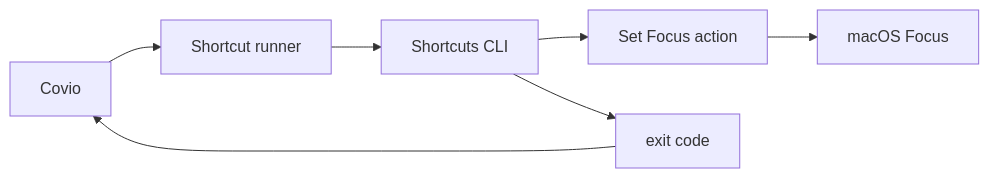
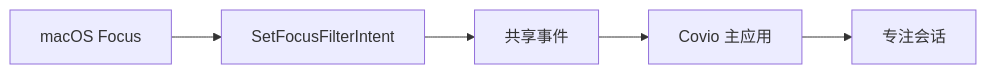
The first of 2 diagrams in docs/research/focus-mode-system-adjustments/investigation.md (wyz541/kmp-Covio), drawn with Mermaid before and after one commit. The commit also changed other lines of this file and 8 other files, not shown here.

````diff
--- a/docs/research/focus-mode-system-adjustments/investigation.md
+++ b/docs/research/focus-mode-system-adjustments/investigation.md
@@ -102,9 +122,7 @@
 ```mermaid
 flowchart LR
-  C[Covio] --> R[Shortcut runner]
-  R --> S[Shortcuts CLI]
-  S --> A[Set Focus action]
-  A --> F[macOS Focus]
-  S --> E[exit code]
-  E --> C
+  S[macOS Focus] --> F[SetFocusFilterIntent]
+  F --> D[共享事件]
+  D --> A[Covio 主应用]
+  A --> P[专注会话]
 ```
````
